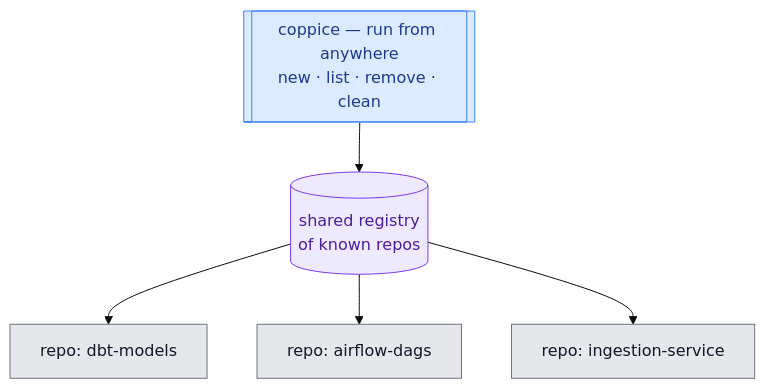
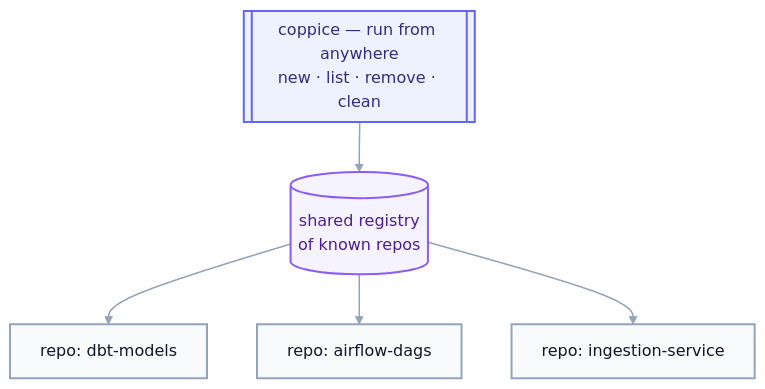
One commit to luiul/coppice changed the second of 2 diagrams in README.md. Above: the diagram before and after it, drawn with Mermaid (base theme). The commit also changed other lines of this file, not shown here.

Commit message:
style: modernize mermaid diagram colors in README

````diff
--- a/README.md
+++ b/README.md
@@ -91,20 +93,22 @@
 ```mermaid
 flowchart TD
     cli[["coppice — run from anywhere<br/>new · list · remove · clean"]]
     reg[("shared registry<br/>of known repos")]
     dbt["repo: dbt-models"]
     airflow["repo: airflow-dags"]
     ingestion["repo: ingestion-service"]
 
     cli --> reg
     reg --> dbt
     reg --> airflow
     reg --> ingestion
 
-    classDef cliNode fill:#dbeafe,stroke:#3b82f6,color:#1e3a8a;
-    classDef repoNode fill:#e5e7eb,stroke:#6b7280,color:#111827;
-    classDef regNode fill:#ede9fe,stroke:#7c3aed,color:#4c1d95;
+    linkStyle default stroke:#94a3b8,stroke-width:1.5px;
+
+    classDef cliNode fill:#eef2ff,stroke:#6366f1,stroke-width:2px,color:#312e81;
+    classDef repoNode fill:#f8fafc,stroke:#94a3b8,stroke-width:2px,color:#0f172a;
+    classDef regNode fill:#f5f3ff,stroke:#8b5cf6,stroke-width:2px,color:#4c1d95;
     class cli cliNode;
     class dbt,airflow,ingestion repoNode;
     class reg regNode;
 ```
````
